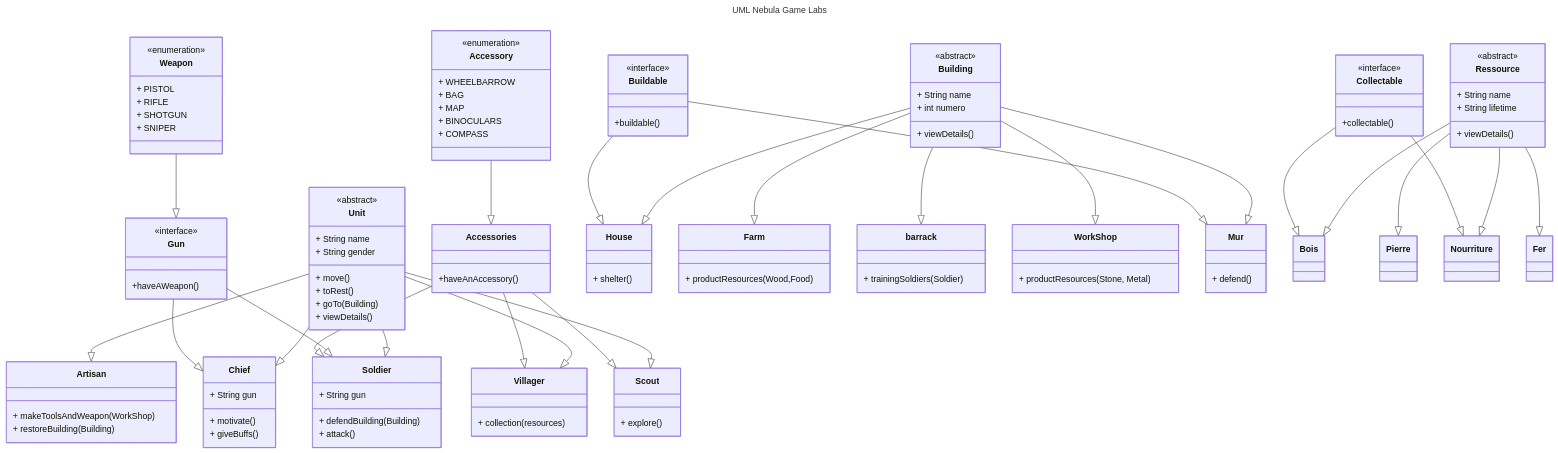
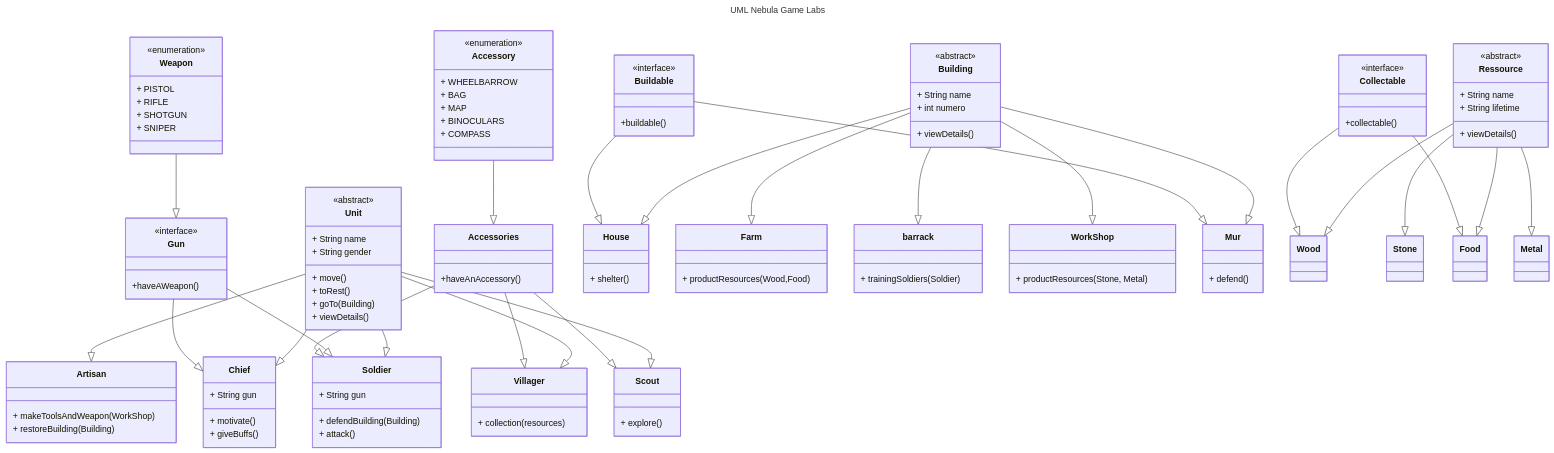
Before and after one commit to SFaucher26/brief-8: the first of 2 diagrams in README.md, drawn with Mermaid. The commit also changed other lines of this file and 3 other files, not shown here.

```diff
--- a/README.md
+++ b/README.md
@@ -38,15 +38,15 @@
 
 
 
-    Ressource --|> Bois
-    Ressource --|> Pierre
-    Ressource --|> Nourriture
-    Ressource --|> Fer
+    Ressource --|> Wood
+    Ressource --|> Stone
+    Ressource --|> Food
+    Ressource --|> Metal
 
-    Collectable --|> Nourriture
-    Collectable --|> Bois
+    Collectable --|> Food
+    Collectable --|> Wood
 
-
+    
     class Unit
     <<abstract>> Unit
     Unit : + String name
@@ -55,6 +55,7 @@
     Unit : + toRest()
     Unit : + goTo(Building)
     Unit : + viewDetails()
+    
     class Villager{
         + collection(resources)
     }
@@ -130,13 +131,13 @@
     Ressource : + String name
     Ressource : + String lifetime
     Ressource : + viewDetails()
-    class Bois {
+    class Wood {
     }
-    class Pierre{
+    class Stone{
     }
-    class Nourriture{
+    class Food{
     }
-    class Fer {
+    class Metal {
     }
 
     class Collectable
```
